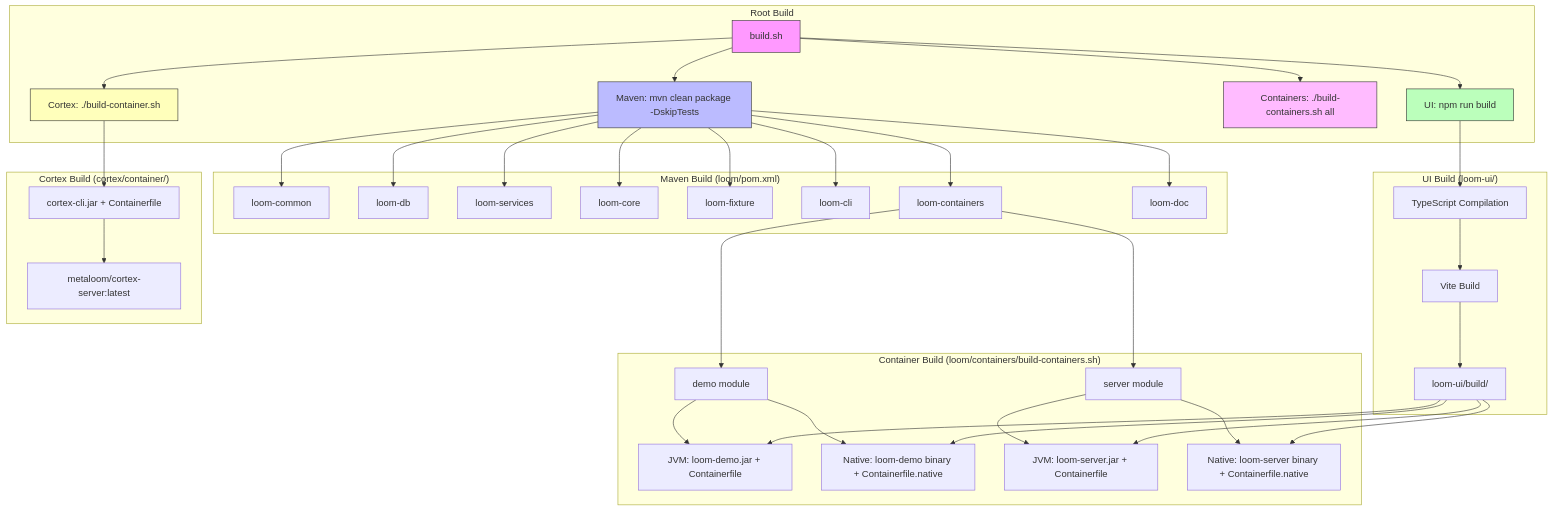
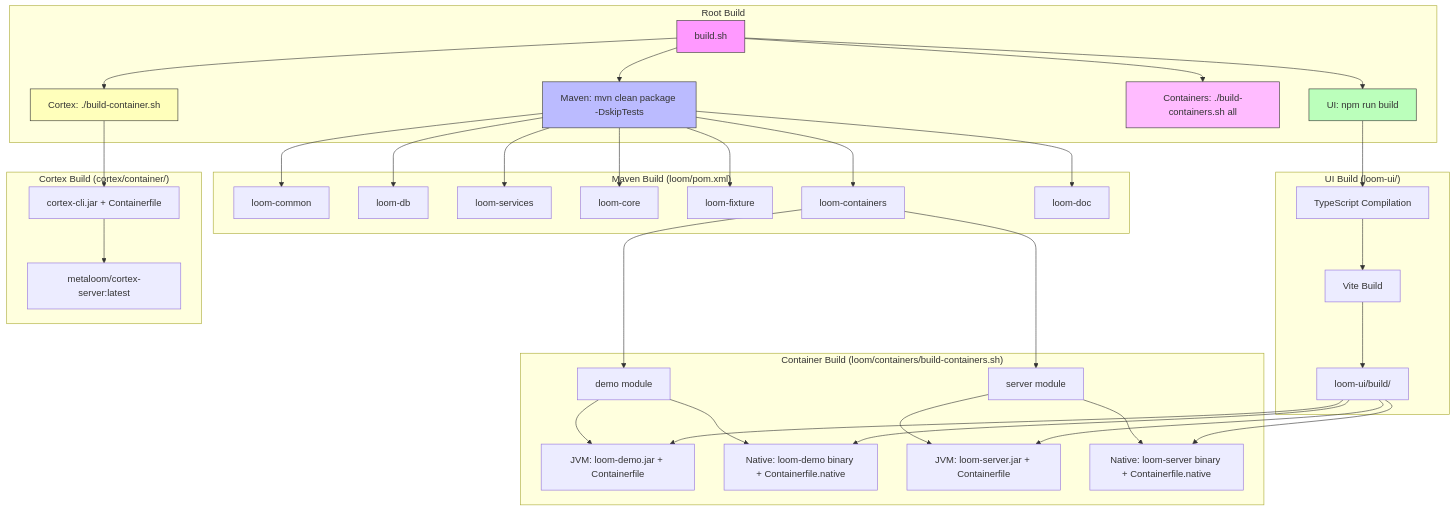
The diagram in spec/loom/BUILD.md (metaloom/metaloom), drawn with Mermaid before and after one commit. The commit also changed 219 other files, not shown here.

````diff
--- a/spec/loom/BUILD.md
+++ b/spec/loom/BUILD.md
@@ -34,50 +34,49 @@
 ```mermaid
 graph TB
     subgraph "Root Build"
         A[build.sh] --> B[Maven: mvn clean package -DskipTests]
         A --> C[UI: npm run build]
         A --> D[Containers: ./build-containers.sh all]
         A --> E[Cortex: ./build-container.sh]
     end
 
     subgraph "Maven Build (loom/pom.xml)"
         B --> F[loom-common]
         B --> G[loom-db]
         B --> H[loom-services]
         B --> I[loom-core]
         B --> J[loom-fixture]
-        B --> K[loom-cli]
         B --> L[loom-containers]
         B --> M[loom-doc]
     end
 
     subgraph "Container Build (loom/containers/build-containers.sh)"
         L --> N[demo module]
         L --> O[server module]
         N --> P[JVM: loom-demo.jar + Containerfile]
         N --> Q[Native: loom-demo binary + Containerfile.native]
         O --> R[JVM: loom-server.jar + Containerfile]
         O --> S[Native: loom-server binary + Containerfile.native]
     end
 
     subgraph "UI Build (loom-ui/)"
         C --> T[TypeScript Compilation]
         T --> U[Vite Build]
         U --> V[loom-ui/build/]
         V --> P
         V --> Q
         V --> R
         V --> S
     end
 
     subgraph "Cortex Build (cortex/container/)"
         E --> W[cortex-cli.jar + Containerfile]
         W --> X[metaloom/cortex-server:latest]
     end
 
     style A fill:#f9f,stroke:#333
     style B fill:#bbf,stroke:#333
     style C fill:#bfb,stroke:#333
     style D fill:#fbf,stroke:#333
     style E fill:#ffb,stroke:#333
 ```
````
